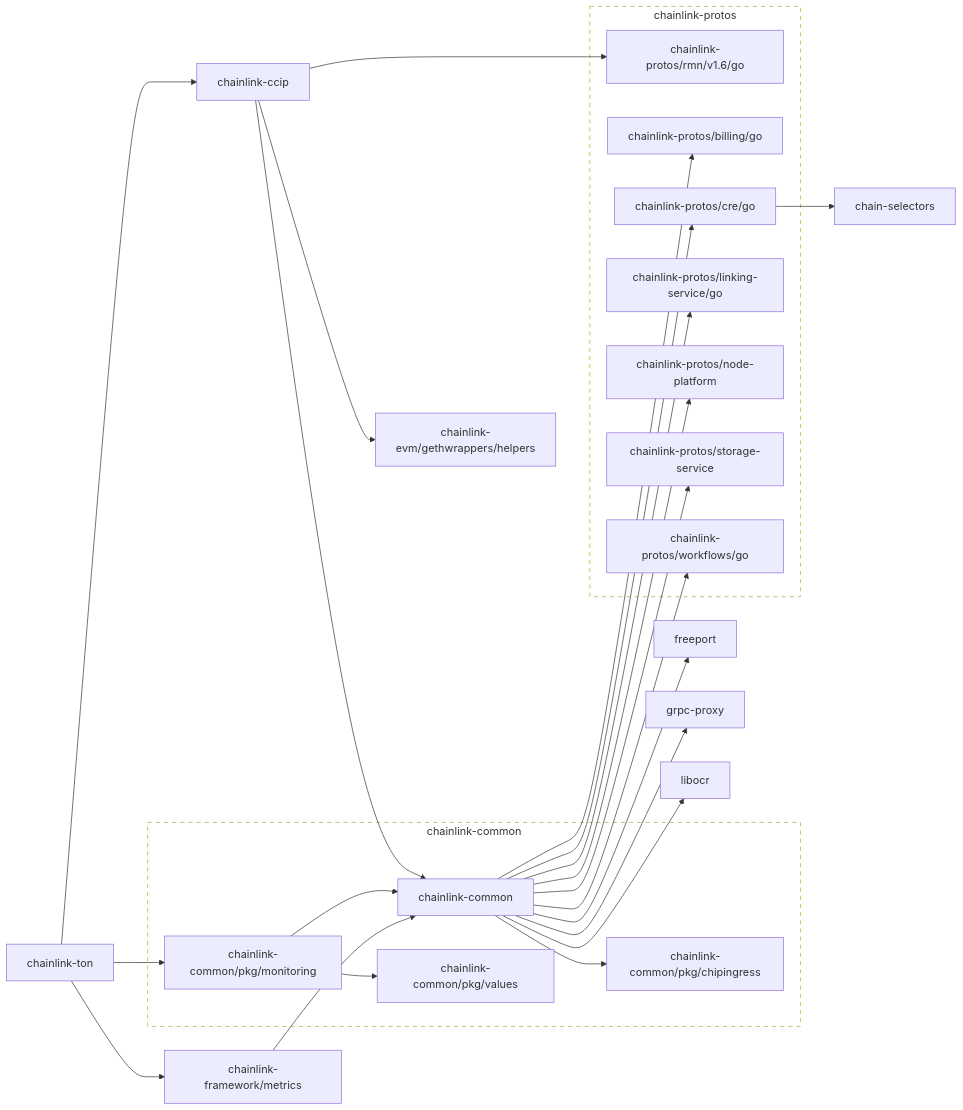
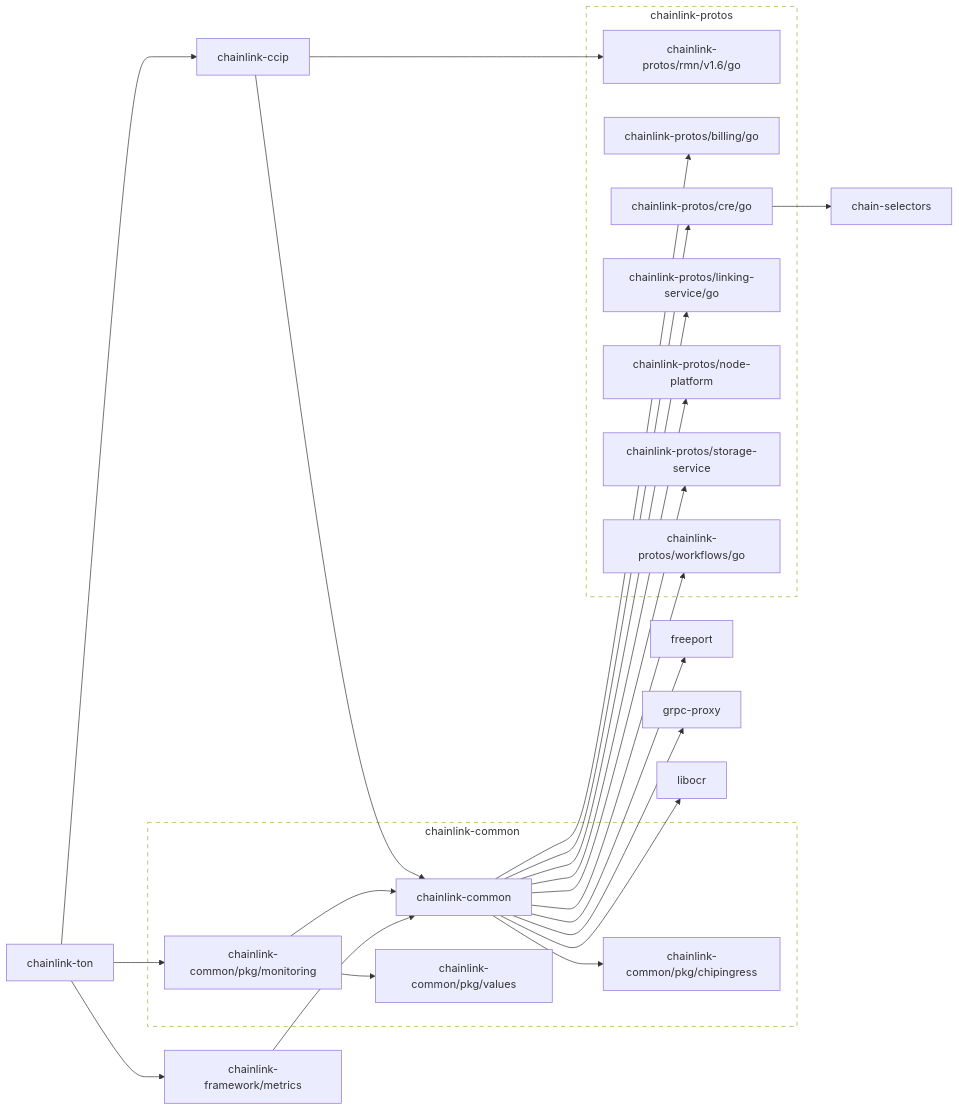
Before and after one commit to fork-the-planet/smartcontractkit___chainlink-ton: the first of 2 diagrams in go.md, drawn with Mermaid. The commit also changed other lines of this file and 40 other files, not shown here.

````diff
--- a/go.md
+++ b/go.md
@@ -3,78 +3,75 @@
 ```mermaid
 flowchart LR
 
 	chain-selectors
 	click chain-selectors href "https://github.com/smartcontractkit/chain-selectors"
 	chainlink-ccip --> chainlink-common
-	chainlink-ccip --> chainlink-evm/gethwrappers/helpers
 	chainlink-ccip --> chainlink-protos/rmn/v1.6/go
 	click chainlink-ccip href "https://github.com/smartcontractkit/chainlink-ccip"
 	chainlink-common --> chainlink-common/pkg/chipingress
 	chainlink-common --> chainlink-protos/billing/go
 	chainlink-common --> chainlink-protos/cre/go
 	chainlink-common --> chainlink-protos/linking-service/go
 	chainlink-common --> chainlink-protos/node-platform
 	chainlink-common --> chainlink-protos/storage-service
 	chainlink-common --> chainlink-protos/workflows/go
 	chainlink-common --> freeport
 	chainlink-common --> grpc-proxy
 	chainlink-common --> libocr
 	click chainlink-common href "https://github.com/smartcontractkit/chainlink-common"
 	chainlink-common/pkg/chipingress
 	click chainlink-common/pkg/chipingress href "https://github.com/smartcontractkit/chainlink-common"
 	chainlink-common/pkg/monitoring --> chainlink-common
 	chainlink-common/pkg/monitoring --> chainlink-common/pkg/values
 	click chainlink-common/pkg/monitoring href "https://github.com/smartcontractkit/chainlink-common"
 	chainlink-common/pkg/values
 	click chainlink-common/pkg/values href "https://github.com/smartcontractkit/chainlink-common"
-	chainlink-evm/gethwrappers/helpers
-	click chainlink-evm/gethwrappers/helpers href "https://github.com/smartcontractkit/chainlink-evm"
 	chainlink-framework/metrics --> chainlink-common
 	click chainlink-framework/metrics href "https://github.com/smartcontractkit/chainlink-framework"
 	chainlink-protos/billing/go
 	click chainlink-protos/billing/go href "https://github.com/smartcontractkit/chainlink-protos"
 	chainlink-protos/cre/go --> chain-selectors
 	click chainlink-protos/cre/go href "https://github.com/smartcontractkit/chainlink-protos"
 	chainlink-protos/linking-service/go
 	click chainlink-protos/linking-service/go href "https://github.com/smartcontractkit/chainlink-protos"
 	chainlink-protos/node-platform
 	click chainlink-protos/node-platform href "https://github.com/smartcontractkit/chainlink-protos"
 	chainlink-protos/rmn/v1.6/go
 	click chainlink-protos/rmn/v1.6/go href "https://github.com/smartcontractkit/chainlink-protos"
 	chainlink-protos/storage-service
 	click chainlink-protos/storage-service href "https://github.com/smartcontractkit/chainlink-protos"
 	chainlink-protos/workflows/go
 	click chainlink-protos/workflows/go href "https://github.com/smartcontractkit/chainlink-protos"
 	chainlink-ton --> chainlink-ccip
 	chainlink-ton --> chainlink-common/pkg/monitoring
 	chainlink-ton --> chainlink-framework/metrics
 	click chainlink-ton href "https://github.com/smartcontractkit/chainlink-ton"
 	freeport
 	click freeport href "https://github.com/smartcontractkit/freeport"
 	grpc-proxy
 	click grpc-proxy href "https://github.com/smartcontractkit/grpc-proxy"
 	libocr
 	click libocr href "https://github.com/smartcontractkit/libocr"
 
 	subgraph chainlink-common-repo[chainlink-common]
 		 chainlink-common
 		 chainlink-common/pkg/chipingress
 		 chainlink-common/pkg/monitoring
 		 chainlink-common/pkg/values
 	end
 	click chainlink-common-repo href "https://github.com/smartcontractkit/chainlink-common"
 
 	subgraph chainlink-protos-repo[chainlink-protos]
 		 chainlink-protos/billing/go
 		 chainlink-protos/cre/go
 		 chainlink-protos/linking-service/go
 		 chainlink-protos/node-platform
 		 chainlink-protos/rmn/v1.6/go
 		 chainlink-protos/storage-service
 		 chainlink-protos/workflows/go
 	end
 	click chainlink-protos-repo href "https://github.com/smartcontractkit/chainlink-protos"
 
 	classDef outline stroke-dasharray:6,fill:none;
 	class chainlink-common-repo,chainlink-protos-repo outline
 ```
````
